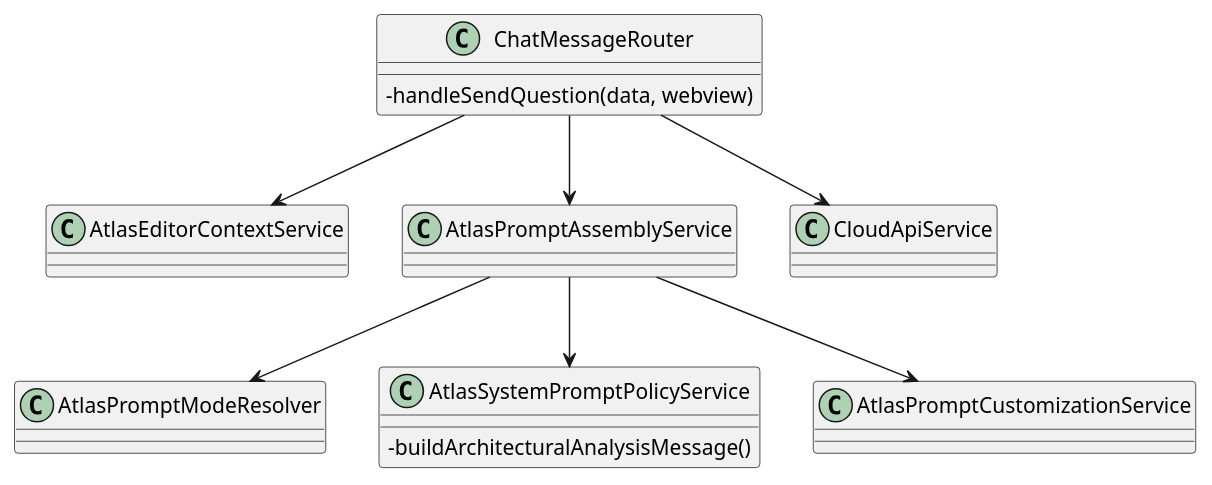
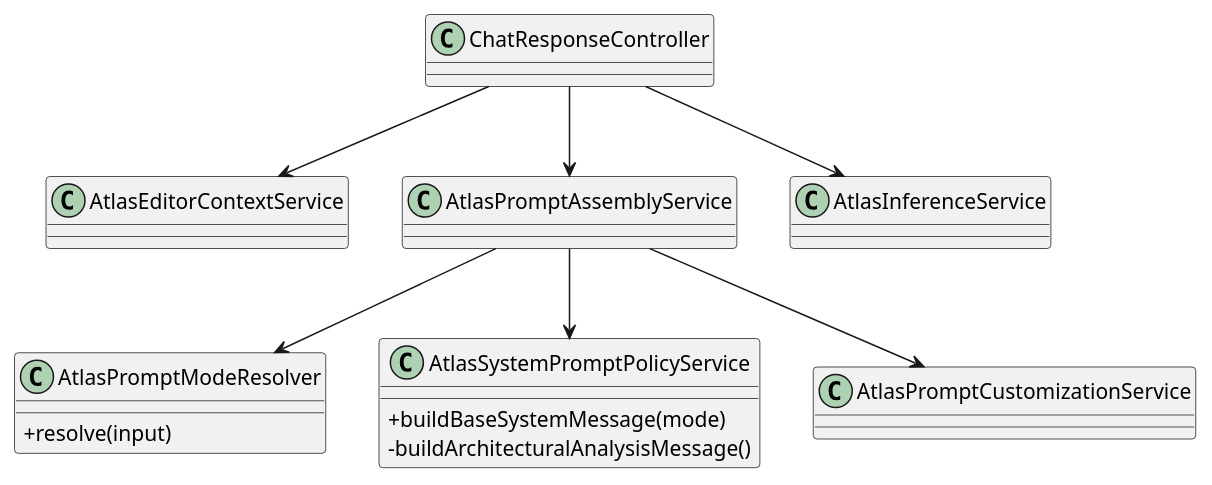
The fifth of 38 diagrams in docs/plantuml-diagramas-por-caso-de-uso-atlas.md (JVictorVI/ATLAS), drawn with PlantUML before and after one commit. The commit also changed other lines of this file and 5 other files, not shown here.

Commit message:
Atualiza diagramas e casos de uso

````diff
--- a/docs/plantuml-diagramas-por-caso-de-uso-atlas.md
+++ b/docs/plantuml-diagramas-por-caso-de-uso-atlas.md
@@ -153,25 +160,26 @@
 ```plantuml
 @startuml
 skinparam shadowing false
 skinparam classAttributeIconSize 0
 
-class ChatMessageRouter {
-  -handleSendQuestion(data, webview)
-}
+class ChatResponseController
 class AtlasEditorContextService
 class AtlasPromptAssemblyService
-class AtlasPromptModeResolver
+class AtlasPromptModeResolver {
+  +resolve(input)
+}
 class AtlasSystemPromptPolicyService {
+  +buildBaseSystemMessage(mode)
   -buildArchitecturalAnalysisMessage()
 }
 class AtlasPromptCustomizationService
-class CloudApiService
+class AtlasInferenceService
 
-ChatMessageRouter --> AtlasEditorContextService
-ChatMessageRouter --> AtlasPromptAssemblyService
-ChatMessageRouter --> CloudApiService
+ChatResponseController --> AtlasEditorContextService
+ChatResponseController --> AtlasPromptAssemblyService
+ChatResponseController --> AtlasInferenceService
 AtlasPromptAssemblyService --> AtlasPromptModeResolver
 AtlasPromptAssemblyService --> AtlasSystemPromptPolicyService
 AtlasPromptAssemblyService --> AtlasPromptCustomizationService
 @enduml
 ```
````
